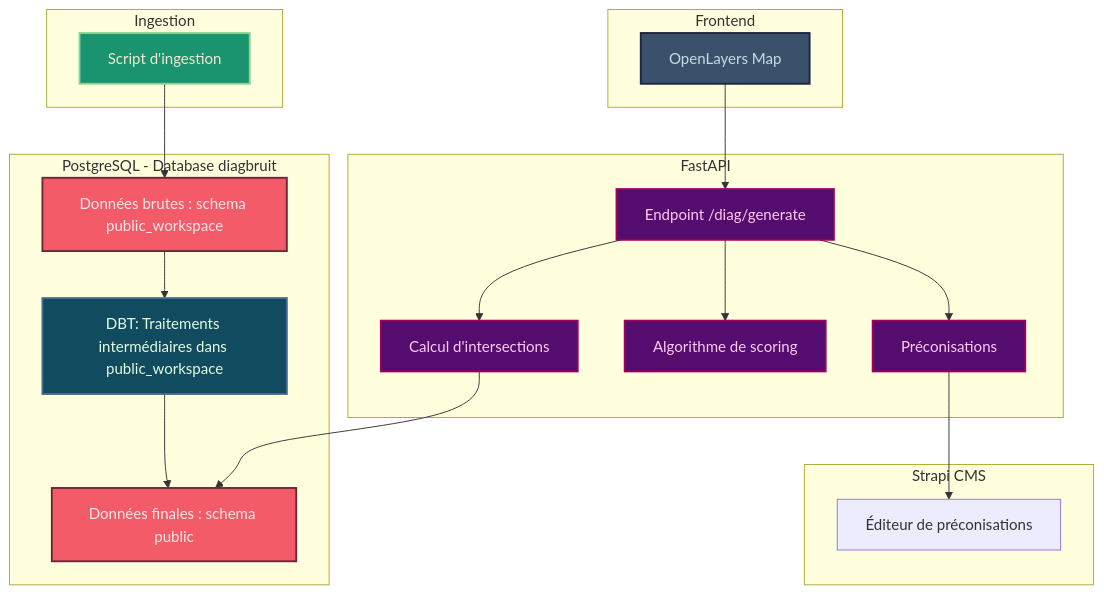
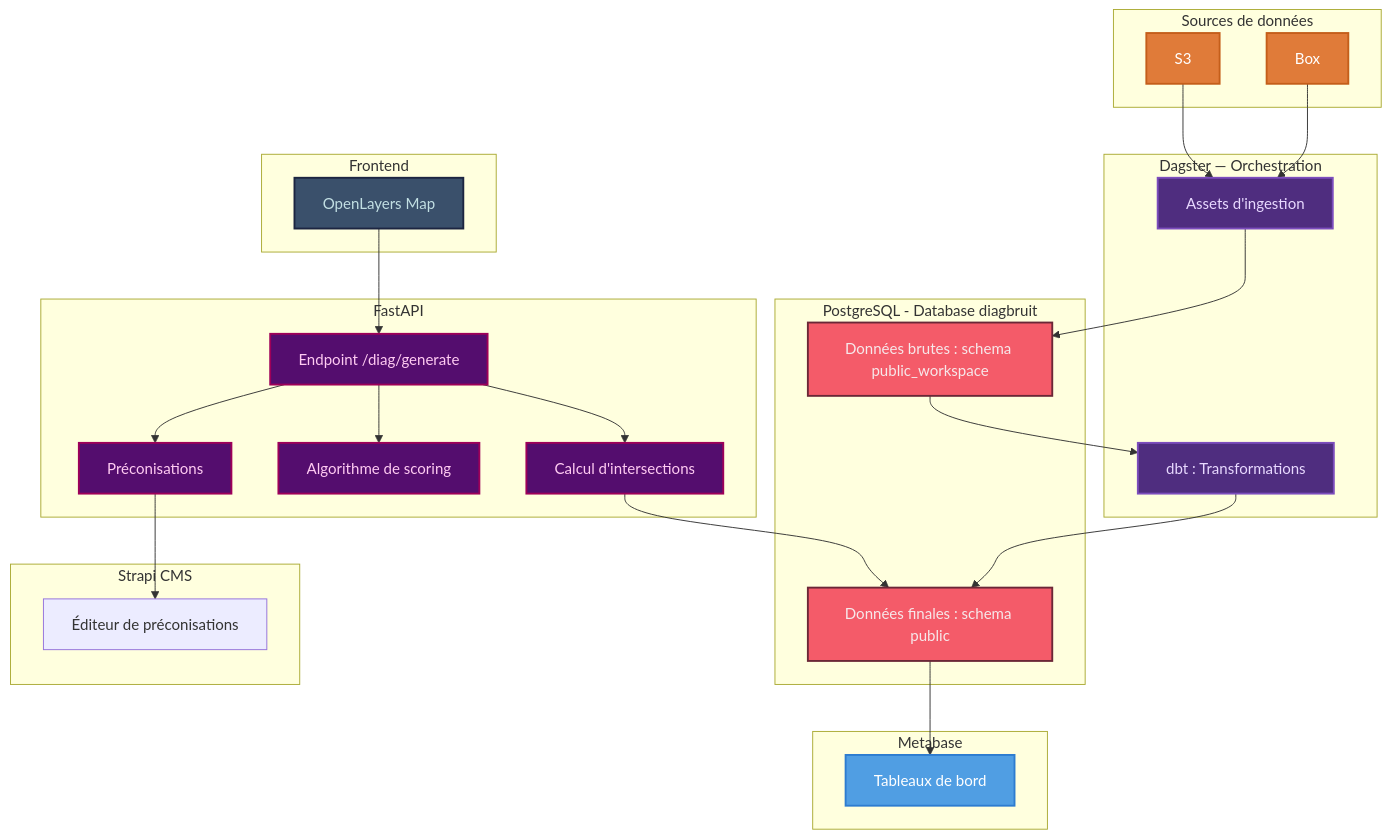
Before and after one commit to betagouv/gitscan: the diagram in repos/betagouv/diagbruit.beta.gouv.fr/README.md, drawn with Mermaid. The commit also changed other lines of this file and 8 other files, not shown here.

````diff
--- a/repos/betagouv/diagbruit.beta.gouv.fr/README.md
+++ b/repos/betagouv/diagbruit.beta.gouv.fr/README.md
@@ -225,49 +236,64 @@
 ```mermaid
 graph TD
-    subgraph Ingestion["Ingestion"]
-        A[Script d'ingestion]
+    subgraph Sources["Sources de données"]
+        BOX[Box]
+        S3[S3]
+    end
+
+    subgraph Dagster["Dagster — Orchestration"]
+        A[Assets d'ingestion]
+        B0[dbt : Transformations]
     end
 
     subgraph PostgreSQL["PostgreSQL - Database diagbruit"]
         PW[Données brutes : schema public_workspace]
-        B0[DBT: Traitements intermédiaires dans public_workspace]
         C[Données finales : schema public]
     end
 
     subgraph FastAPI["FastAPI"]
         D[Endpoint /diag/generate]
         D1[Calcul d'intersections]
         D2[Algorithme de scoring]
         D3[Préconisations]
     end
 
     subgraph Frontend["Frontend"]
         E[OpenLayers Map]
     end
 
     subgraph Strapi["Strapi CMS"]
         F[Éditeur de préconisations]
     end
 
+    subgraph Metabase["Metabase"]
+        G[Tableaux de bord]
+    end
+
+    BOX --> A
+    S3 --> A
     A --> PW
     PW --> B0
     B0 --> C
+    C --> G
+    D --> D1
     D --> D2
-    D --> D1
+    D --> D3
     D1 --> C
-    D --> D3
     D3 --> F
     E --> D
 
-    classDef ingestion fill:#1a936f,stroke:#88d498,stroke-width:2px,color:#f3e9d2
+    classDef sources fill:#e07b39,stroke:#c45e1a,stroke-width:2px,color:#fff
+    classDef dagster fill:#4f2d7f,stroke:#7c4dbd,stroke-width:2px,color:#e8d9ff
     classDef dbt fill:#114b5f,stroke:#456990,stroke-width:2px,color:#e4fde1
     classDef postgres fill:#f45b69,stroke:#6b2737,stroke-width:2px,color:#f6e8ea
     classDef fastapi fill:#540d6e,stroke:#9e0059,stroke-width:2px,color:#ffcbf2
     classDef frontend fill:#3a506b,stroke:#1c2541,stroke-width:2px,color:#c2dfe3
+    classDef metabase fill:#509ee3,stroke:#2d7cd0,stroke-width:2px,color:#fff
 
-    class A ingestion
-    class B0,B1,B2 dbt
+    class BOX,S3 sources
+    class A,B0 dagster
     class PW,C postgres
     class D,D1,D2,D3 fastapi
     class E frontend
+    class G metabase
 ```
````
